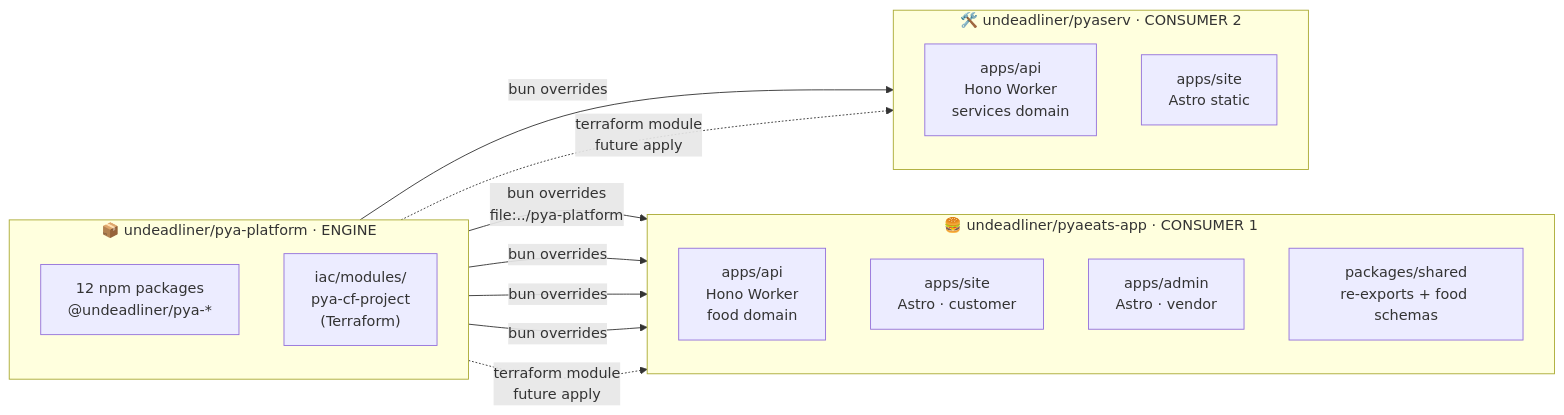
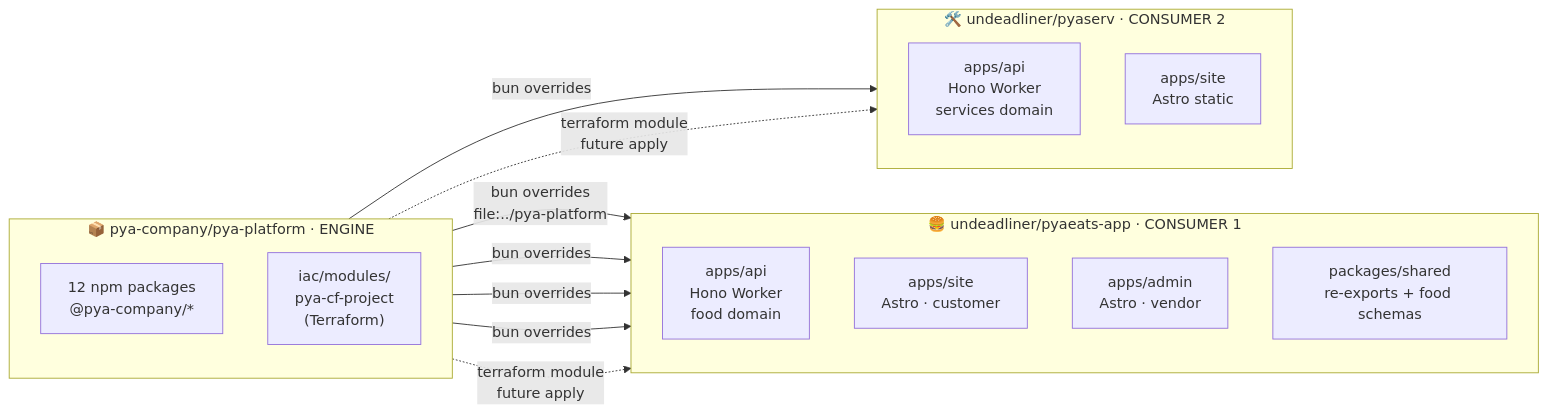
Before and after one commit to pya-company/pya-platform: the first of 3 diagrams in docs/architecture.md, drawn with Mermaid. The commit also changed 43 other files, not shown here.

First line of the commit message:
feat!: move to pya-company org + rename scope @undeadliner/pya-* → @pya-company/*

````diff
--- a/docs/architecture.md
+++ b/docs/architecture.md
@@ -7,30 +7,30 @@
 ```mermaid
 flowchart LR
-  subgraph PL["📦 undeadliner/pya-platform · ENGINE"]
+  subgraph PL["📦 pya-company/pya-platform · ENGINE"]
     direction TB
-    PLpkg["12 npm packages<br/>@undeadliner/pya-*"]
+    PLpkg["12 npm packages<br/>@pya-company/*"]
     PLiac["iac/modules/<br/>pya-cf-project<br/>(Terraform)"]
   end
 
   subgraph PE["🍔 undeadliner/pyaeats-app · CONSUMER 1"]
     direction TB
     PEapi[apps/api<br/>Hono Worker<br/>food domain]
     PEsite[apps/site<br/>Astro · customer]
     PEadmin[apps/admin<br/>Astro · vendor]
     PEshared[packages/shared<br/>re-exports + food schemas]
   end
 
   subgraph PS["🛠️ undeadliner/pyaserv · CONSUMER 2"]
     direction TB
     PSapi[apps/api<br/>Hono Worker<br/>services domain]
     PSsite[apps/site<br/>Astro static]
   end
 
   PLpkg -->|bun overrides<br/>file:../pya-platform| PEshared
   PLpkg -->|bun overrides| PEapi
   PLpkg -->|bun overrides| PEsite
   PLpkg -->|bun overrides| PEadmin
   PLpkg -->|bun overrides| PSapi
   PLiac -.->|terraform module<br/>future apply| PEapi
   PLiac -.->|terraform module<br/>future apply| PSapi
 ```
````
